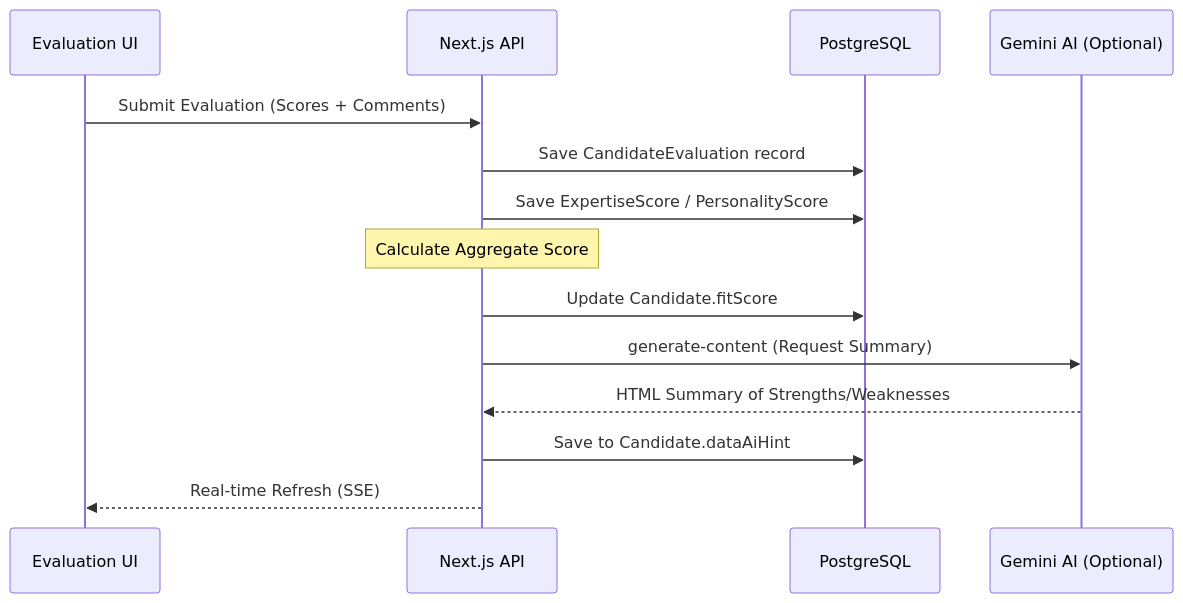
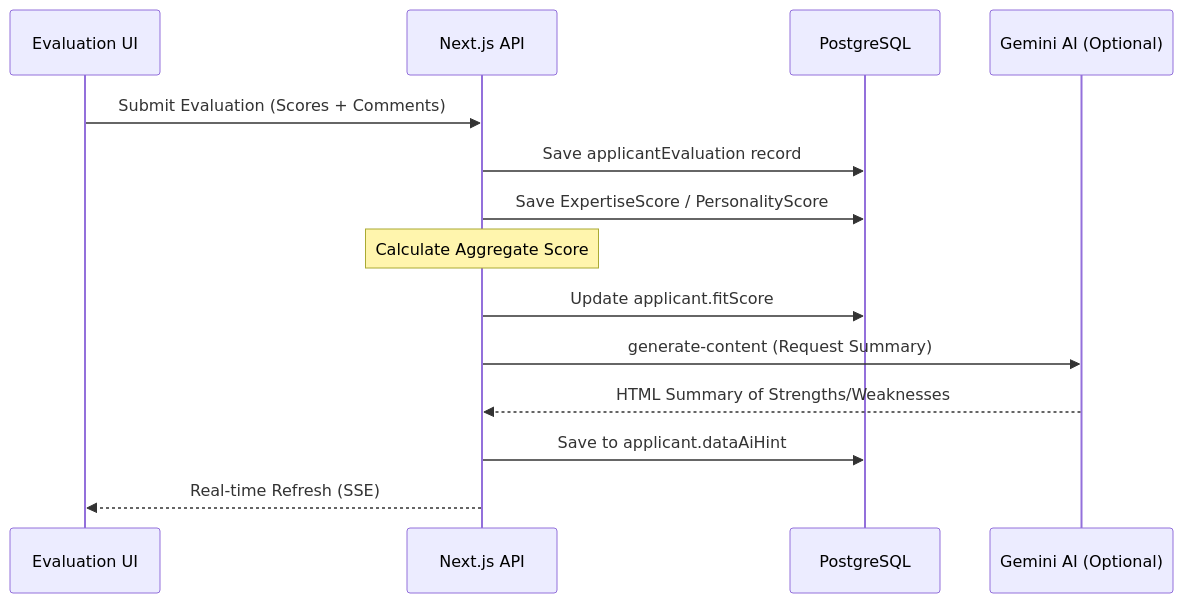
One commit to poojaroonwit/studio changed the second of 2 diagrams in docs/workflows/Evaluation Flow.md. Above: the diagram before and after it, drawn with Mermaid. The commit also changed other lines of this file and 374 other files, not shown here.

Commit message:
Refactor: Rename candidate to applicant terminology and update related components

````diff
--- a/docs/workflows/Evaluation Flow.md
+++ b/docs/workflows/Evaluation Flow.md
@@ -32,20 +32,20 @@
 ```mermaid
 sequenceDiagram
     participant UI as Evaluation UI
     participant API as Next.js API
     participant DB as PostgreSQL
     participant AI as Gemini AI (Optional)
 
     UI->>API: Submit Evaluation (Scores + Comments)
-    API->>DB: Save CandidateEvaluation record
+    API->>DB: Save applicantEvaluation record
     API->>DB: Save ExpertiseScore / PersonalityScore
     
     Note over API: Calculate Aggregate Score
-    API->>DB: Update Candidate.fitScore
+    API->>DB: Update applicant.fitScore
     
     API->>AI: generate-content (Request Summary)
     AI-->>API: HTML Summary of Strengths/Weaknesses
-    API->>DB: Save to Candidate.dataAiHint
+    API->>DB: Save to applicant.dataAiHint
     
     API-->>UI: Real-time Refresh (SSE)
 ```
````
